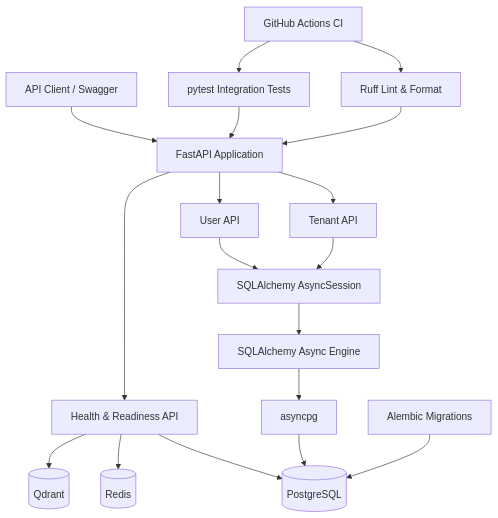
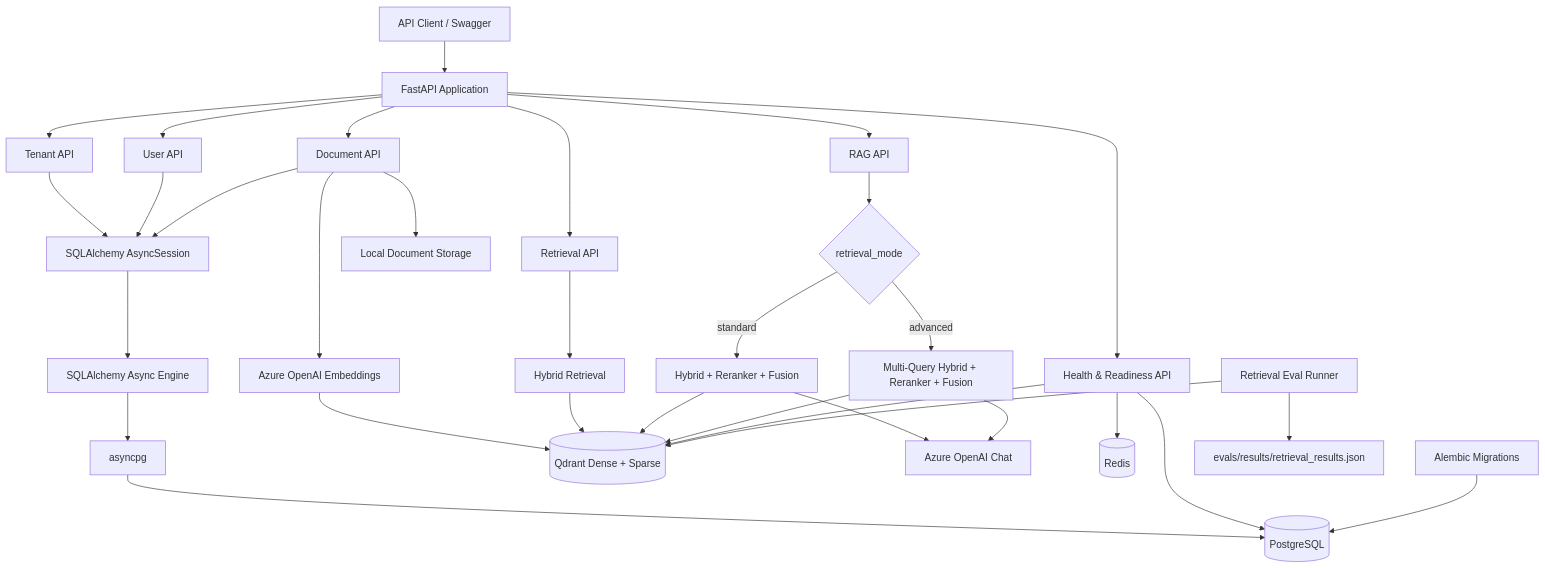
The first of 4 diagrams in docs/architecture.md (kkureli/enterprise-agentic-ai-platform), drawn with Mermaid before and after one commit. The commit also changed other lines of this file and 35 other files, not shown here.

Commit message:
feat: complete advanced retrieval and evaluation sprint

````diff
--- a/docs/architecture.md
+++ b/docs/architecture.md
@@ -7,30 +10,44 @@
 ```mermaid
 flowchart TD
     Client[API Client / Swagger]
 
     Client --> FastAPI[FastAPI Application]
 
     FastAPI --> TenantAPI[Tenant API]
     FastAPI --> UserAPI[User API]
+    FastAPI --> DocumentAPI[Document API]
+    FastAPI --> RetrievalAPI[Retrieval API]
+    FastAPI --> RagAPI[RAG API]
     FastAPI --> HealthAPI[Health & Readiness API]
 
     TenantAPI --> Session[SQLAlchemy AsyncSession]
     UserAPI --> Session
+    DocumentAPI --> Session
 
     Session --> Engine[SQLAlchemy Async Engine]
     Engine --> AsyncPG[asyncpg]
     AsyncPG --> PostgreSQL[(PostgreSQL)]
 
+    DocumentAPI --> Storage[Local Document Storage]
+    DocumentAPI --> Embed[Azure OpenAI Embeddings]
+    Embed --> Qdrant[(Qdrant Dense + Sparse)]
+
+    RetrievalAPI --> Hybrid[Hybrid Retrieval]
+    RagAPI --> Mode{retrieval_mode}
+    Mode -->|standard| HybridRerank[Hybrid + Reranker + Fusion]
+    Mode -->|advanced| MultiQuery[Multi-Query Hybrid + Reranker + Fusion]
+    HybridRerank --> Chat[Azure OpenAI Chat]
+    MultiQuery --> Chat
+
+    Hybrid --> Qdrant
+    HybridRerank --> Qdrant
+    MultiQuery --> Qdrant
+
     HealthAPI --> PostgreSQL
     HealthAPI --> Redis[(Redis)]
-    HealthAPI --> Qdrant[(Qdrant)]
+    HealthAPI --> Qdrant
 
     Alembic[Alembic Migrations] --> PostgreSQL
-
-    Pytest[pytest Integration Tests] --> FastAPI
-    Ruff[Ruff Lint & Format] --> FastAPI
-
-    GitHub[GitHub Actions CI]
-    GitHub --> Ruff
-    GitHub --> Pytest
+    Evals[Retrieval Eval Runner] --> Qdrant
+    Evals --> Results[evals/results/retrieval_results.json]
 ```
````
